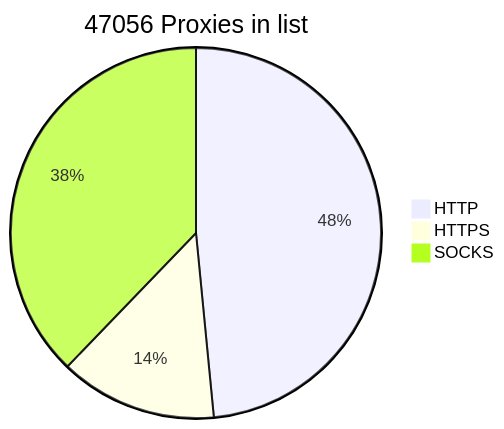
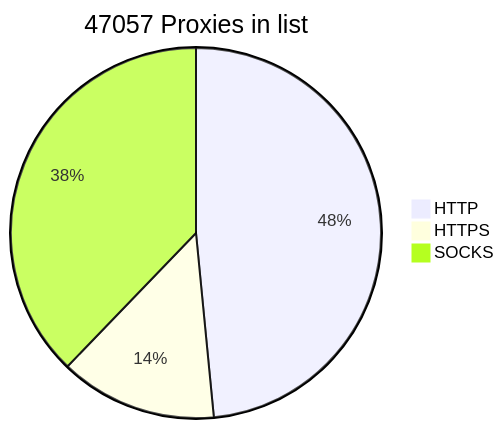
Before and after one commit to BlackSnowDot/proxylist-update-every-minute: the diagram in README.md, drawn with Mermaid.

````diff
--- a/README.md
+++ b/README.md
@@ -2,6 +2,6 @@
 ```mermaid
-pie title 47056 Proxies in list
+pie title 47057 Proxies in list
     "HTTP" : 25445
     "HTTPS": 7214
     "SOCKS" : 19847
 ```
````
